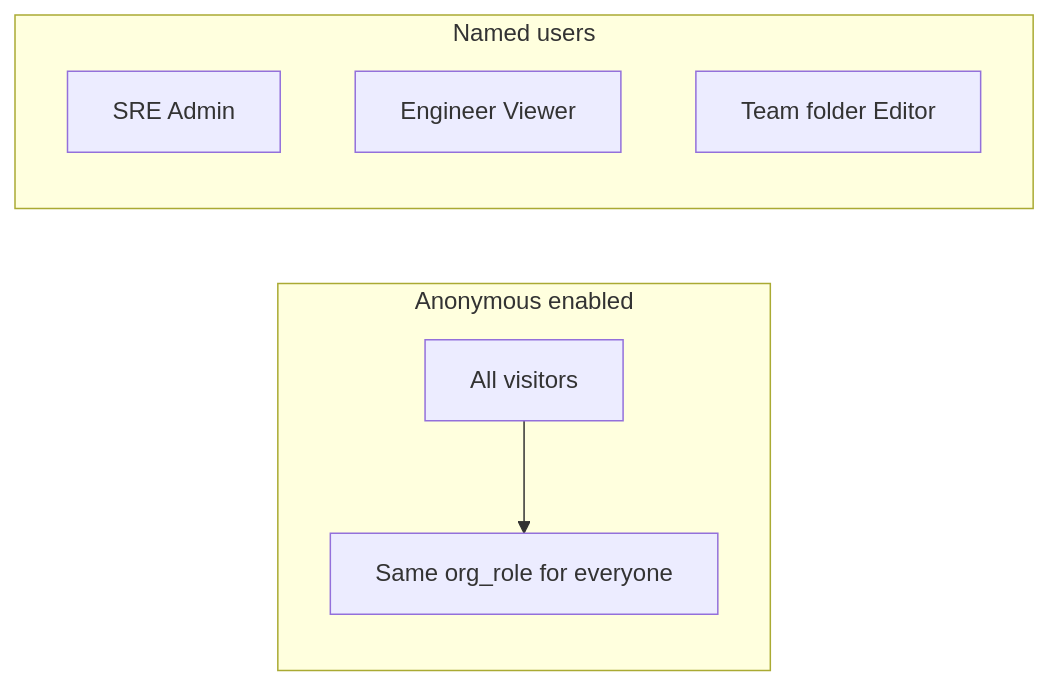
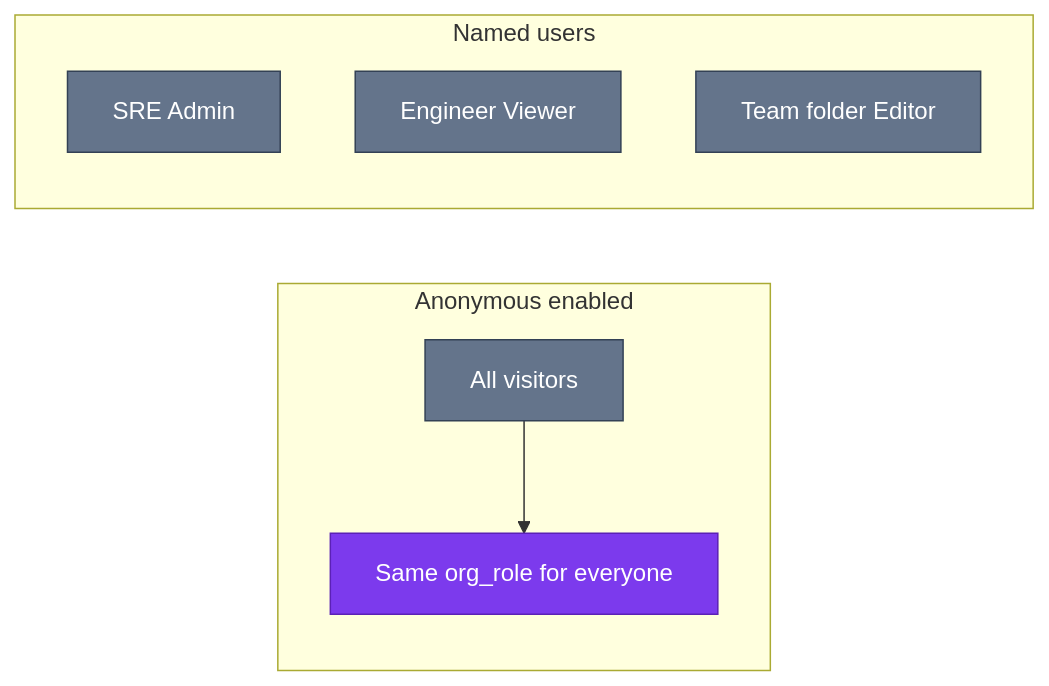
The second of 3 diagrams in docs/observability/grafana/rbac-multi-team.md (duynhlab/homelab), drawn with Mermaid before and after one commit. The commit also changed other lines of this file and 33 other files, not shown here.

First line of the commit message:
Refresh observability diagrams (#516)

````diff
--- a/docs/observability/grafana/rbac-multi-team.md
+++ b/docs/observability/grafana/rbac-multi-team.md
@@ -111,14 +116,19 @@
 ```mermaid
 flowchart LR
   subgraph Anon["Anonymous enabled"]
     A1[All visitors]
     A2[Same org_role for everyone]
     A1 --> A2
   end
 
   subgraph Named["Named users"]
     U1[SRE Admin]
     U2[Engineer Viewer]
     U3[Team folder Editor]
   end
+
+  classDef external fill:#64748b,color:#fff,stroke:#334155;
+  classDef platform fill:#7c3aed,color:#fff,stroke:#5b21b6;
+  class A1,U1,U2,U3 external;
+  class A2 platform;
 ```
````
